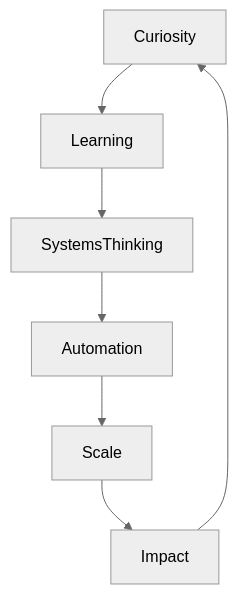
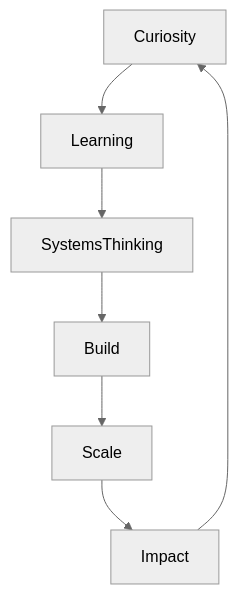
One commit to Nitanshu715/Nitanshu715 changed the diagram in README.md. Above: the diagram before and after it, drawn with Mermaid (neutral theme).

````diff
--- a/README.md
+++ b/README.md
@@ -35,9 +35,9 @@
 ```mermaid
 graph TD
     Curiosity --> Learning
     Learning --> SystemsThinking
-    SystemsThinking --> Automation
-    Automation --> Scale
+    SystemsThinking --> Build
+    Build --> Scale
     Scale --> Impact
     Impact --> Curiosity
 ```
````
